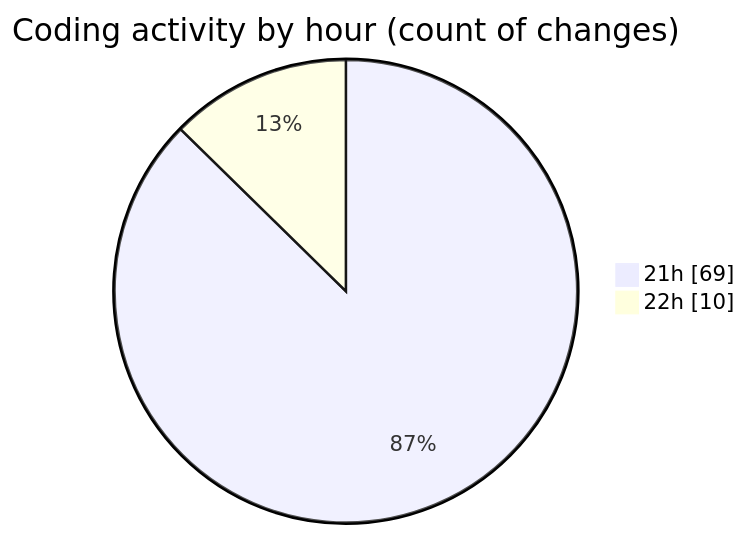
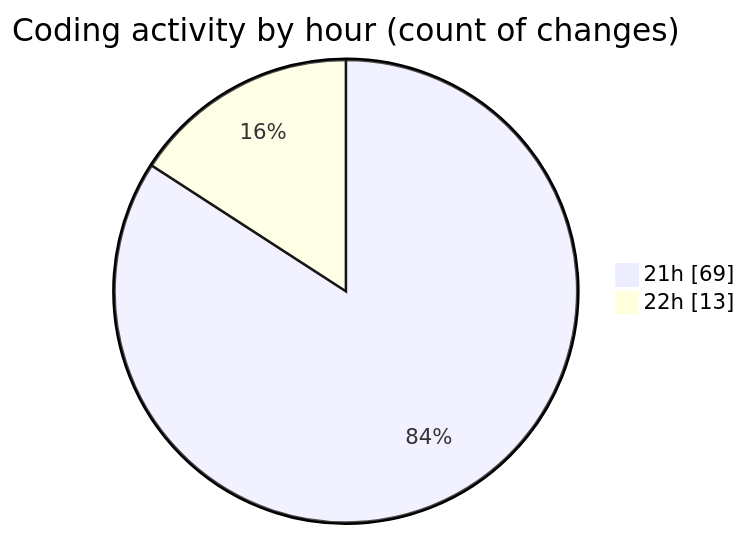
One commit to Netris89/code-tracking changed the second of 2 diagrams in 2025-04-05/schoolmanagement/README.md. Above: the diagram before and after it, drawn with Mermaid. The commit also changed other lines of this file and 1 other file, not shown here.

````diff
--- a/2025-04-05/schoolmanagement/README.md
+++ b/2025-04-05/schoolmanagement/README.md
@@ -47,6 +47,6 @@
 ```mermaid
 pie showData
 title Coding activity by hour (count of changes)
 "21h" : 69
-"22h" : 10
+"22h" : 13
 ```
````
